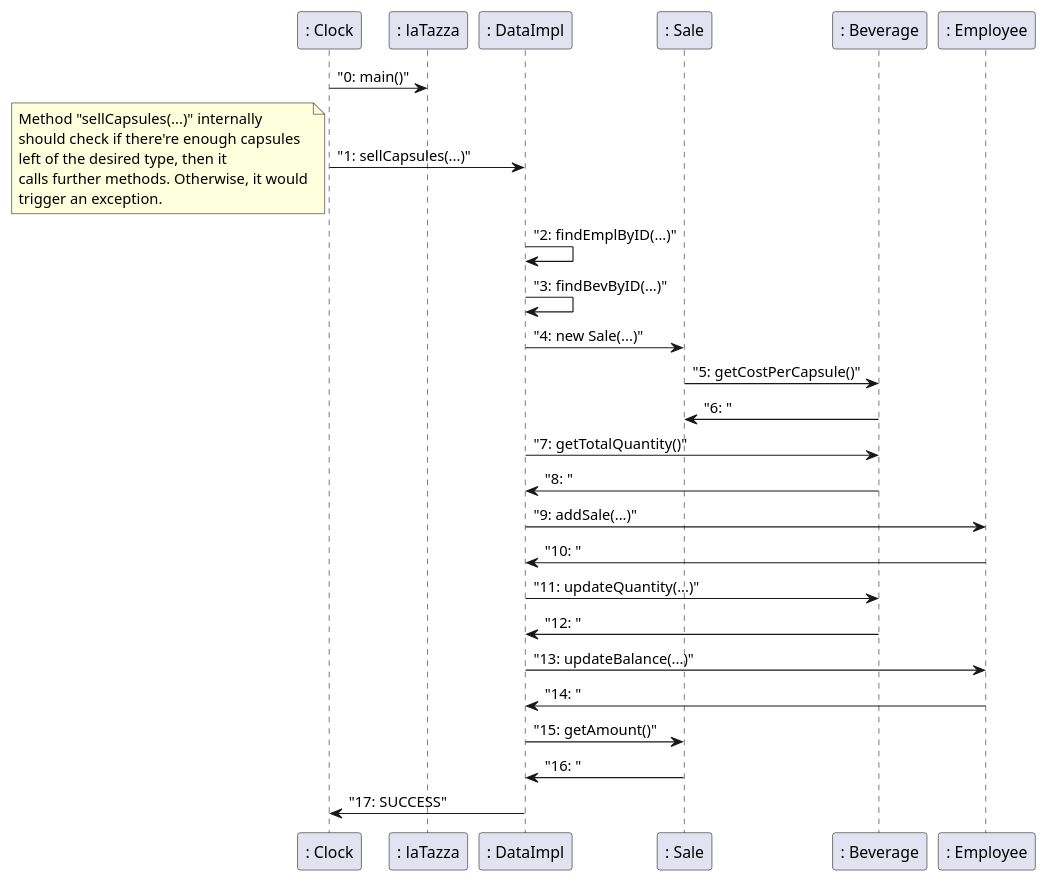
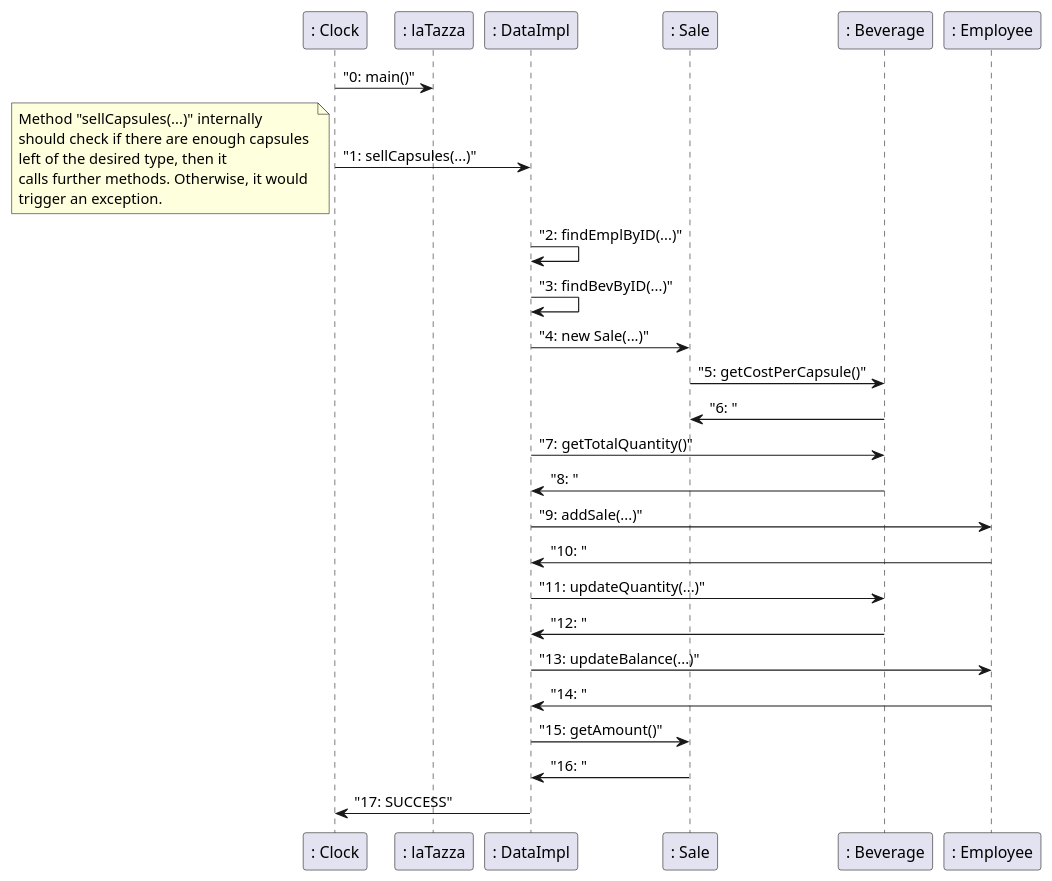
The fifth of 6 diagrams in templates/DesignDocumentTemplate.md (DarkSee/LaTazza), drawn with PlantUML before and after one commit. The commit also changed other lines of this file, not shown here.

Commit message:
Minor Improvement

````diff
--- a/templates/DesignDocumentTemplate.md
+++ b/templates/DesignDocumentTemplate.md
@@ -237,37 +237,37 @@
 ```plantuml
 
 ": Clock" -> ": laTazza": "0: main()"
 ": Clock" -> ": DataImpl": "1: sellCapsules(...)"
 note left
         Method "sellCapsules(...)" internally
-        should check if there're enough capsules 
+        should check if there are enough capsules 
         left of the desired type, then it 
         calls further methods. Otherwise, it would
         trigger an exception.
 end note
 ": DataImpl" -> ": DataImpl": "2: findEmplByID(...)"
 ": DataImpl" -> ": DataImpl": "3: findBevByID(...)"
 ": DataImpl" -> ": Sale": "4: new Sale(...)"
 ": Sale" -> ": Beverage": "5: getCostPerCapsule()"
 ": Sale" <-": Beverage": "6: "
 
 ": DataImpl" -> ": Beverage": "7: getTotalQuantity()"
 ": DataImpl" <-": Beverage": "8: "
 
 
 ": DataImpl" -> ": Employee": "9: addSale(...)"
 ": Employee" -> ": DataImpl": "10: "
 
 ": DataImpl" -> ": Beverage": "11: updateQuantity(...)"
 ": Beverage" -> ": DataImpl": "12: "
 
 
 ": DataImpl" -> ": Employee": "13: updateBalance(...)"
 ": Employee" -> ": DataImpl": "14: "
 
 ": DataImpl" -> ": Sale": "15: getAmount()"
 ": Sale" -> ": DataImpl": "16: "
 
 ": DataImpl" -> ": Clock": "17: SUCCESS"
 
 ```
````
